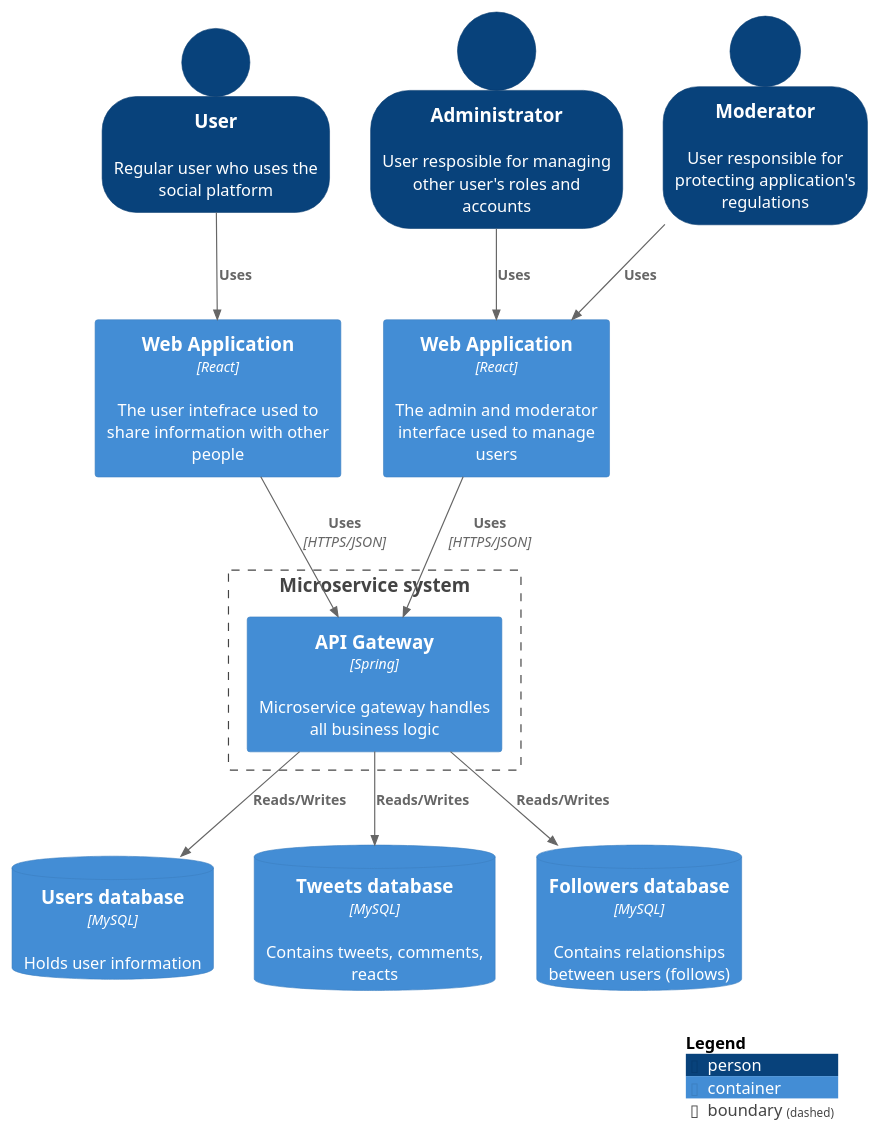
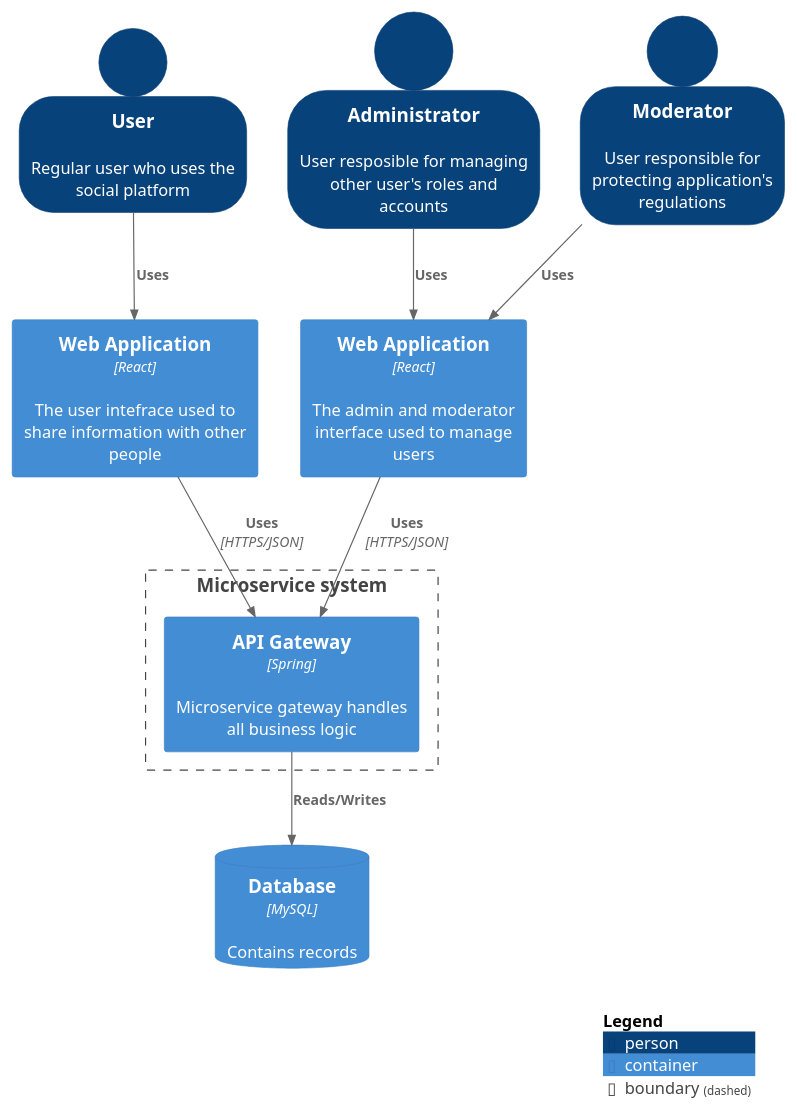
The diagram in Diagrams/container.puml (ivanovb3/Kwetter), drawn with PlantUML before and after one commit. The commit also changed 1132 other files, not shown here.

```diff
--- a/Diagrams/container.puml
+++ b/Diagrams/container.puml
@@ -1,29 +1,29 @@
 @startuml blogging_context
 !include https://raw.githubusercontent.com/plantuml-stdlib/C4-PlantUML/master/C4_Container.puml
 
 SHOW_PERSON_OUTLINE()
 
 Person(user, "User", "Regular user who uses the social platform")
 Person(admin, "Administrator", "User resposible for managing other user's roles and accounts")
 Person(moderator, "Moderator", "User responsible for protecting application's regulations")
 
 Container(frontend, "Web Application", "React", "The user intefrace used to share information with other people")
 Container(frontendmods, "Web Application", "React", "The admin and moderator interface used to manage users")
 Boundary(c1, "Microservice system") {
     Container(backend, "API Gateway", "Spring", "Microservice gateway handles all business logic")
 }
-ContainerDb(usersdb, "Users database", "MySQL", "Holds user information")
-ContainerDb(tweetsdb, "Tweets database", "MySQL", "Contains tweets, comments, reacts")
-ContainerDb(followersdb, "Followers database", "MySQL", "Contains relationships between users (follows)")
+ContainerDb(usersdb, "Database", "MySQL", "Contains records")
+' ContainerDb(tweetsdb, "Tweets database", "MySQL", "Contains tweets, comments, reacts")
+' ContainerDb(followersdb, "Followers database", "MySQL", "Contains relationships between users (follows)")
 
 Rel(user, frontend, "Uses")
 Rel(admin, frontendmods, "Uses")
 Rel(moderator, frontendmods, "Uses")
 Rel(frontendmods, backend, "Uses", "HTTPS/JSON")
 Rel(frontend, backend, "Uses", "HTTPS/JSON")
 Rel(backend, usersdb, "Reads/Writes")
-Rel(backend, tweetsdb, "Reads/Writes")
-Rel(backend, followersdb, "Reads/Writes")
+' Rel(backend, tweetsdb, "Reads/Writes")
+' Rel(backend, followersdb, "Reads/Writes")
 
 SHOW_LEGEND()
 @enduml
```
